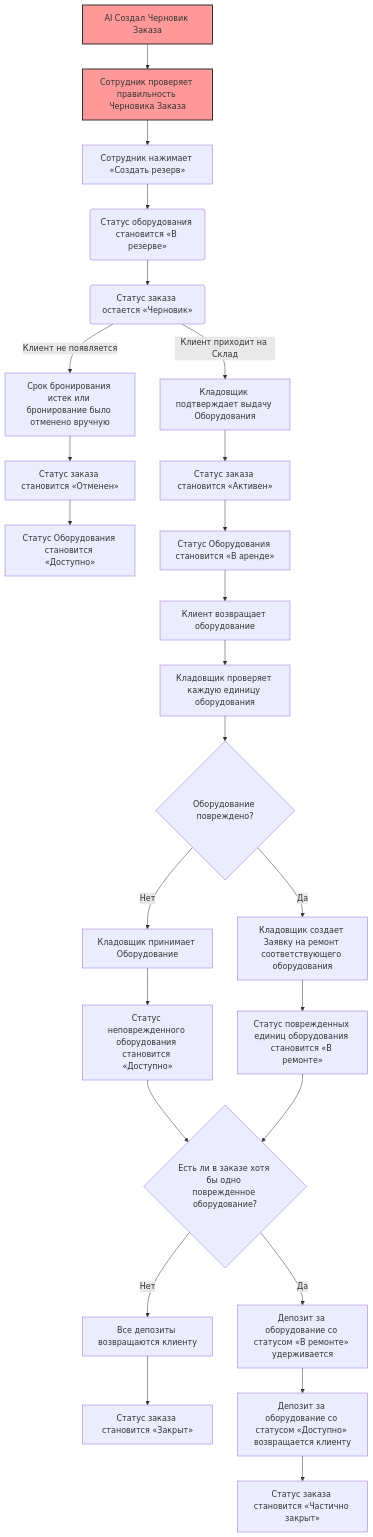
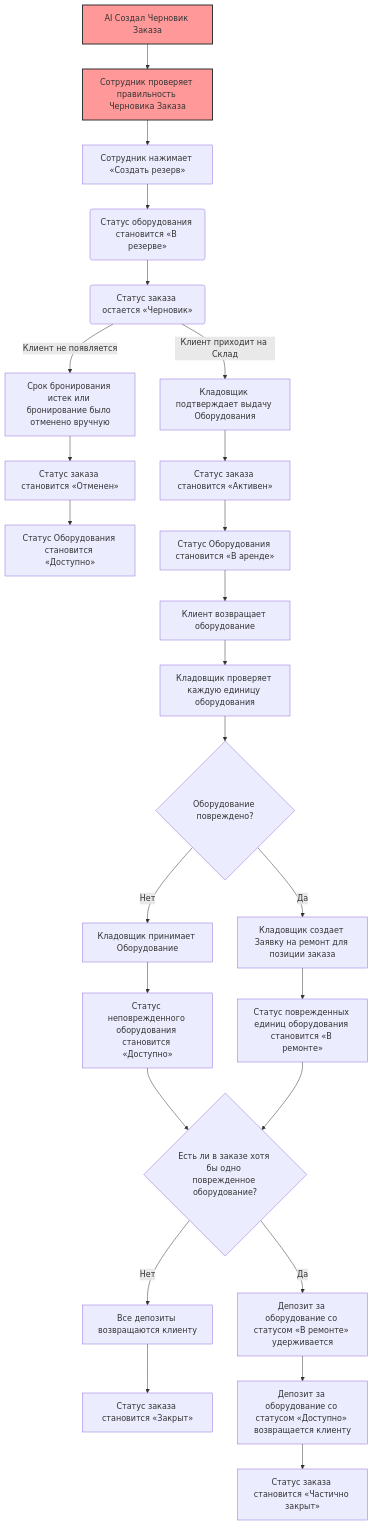
The diagram in flowchart4.md (Diamko94/rentals1), drawn with Mermaid before and after one commit.

````diff
--- a/flowchart4.md
+++ b/flowchart4.md
@@ -1,45 +1,45 @@
 ```mermaid
 flowchart TD
 
  %% Выделение цветом
     style D0 fill:#ff9999,stroke:#333,stroke-width:2px
     style D00 fill:#ff9999,stroke:#333,stroke-width:2px
 
   
 
     %% Подтверждение
     D0[AI Создал Черновик Заказа]
     D0 --> D00[Сотрудник проверяет правильность Черновика Заказа]
 
     D00 --> D1[Сотрудник нажимает «Создать резерв»]
     D1 --> B(Статус оборудования становится «В резерве»)
     B --> B1(Статус заказа остается «Черновик»)
 
 
     %% Выдача
     B1 --> |Клиент приходит на Склад| I[Кладовщик подтверждает выдачу Оборудования]
     B1 --> |Клиент не появляется| E[Срок бронирования истек или бронирование было отменено вручную]
     E --> F[Статус заказа становится «Отменен»]
     I --> J[Статус заказа становится «Активен»]
     F --> C[Статус Оборудования становится «Доступно»]
     J --> X[Статус Оборудования становится «В аренде»]
 
     %% Возврат
     X --> K[Клиент возвращает оборудование]
     K --> L[Кладовщик проверяет каждую единицу оборудования]
     L --> M{Оборудование повреждено?}
     
-    M --> |Да| P[Кладовщик создает Заявку на ремонт соответствующего оборудования]
+    M --> |Да| P[Кладовщик создает Заявку на ремонт для позиции заказа]
     P --> R[Статус поврежденных единиц оборудования становится «В ремонте»]
     M --> |Нет| P1[Кладовщик принимает Оборудование]
     P1 --> T[Статус неповрежденного оборудования становится «Доступно»]
 
     %% Расчет
     T --> N{Есть ли в заказе хотя бы одно поврежденное оборудование?}
     R --> N
     N --> |Нет| Q[Все депозиты возвращаются клиенту]
     Q --> V[Статус заказа становится «Закрыт»]
     N --> |Да| S[Депозит за оборудование со статусом «В ремонте» удерживается]
     S --> U[Депозит за оборудование со статусом «Доступно» возвращается клиенту]
     U --> W[Статус заказа становится «Частично закрыт»]
 ```
````
